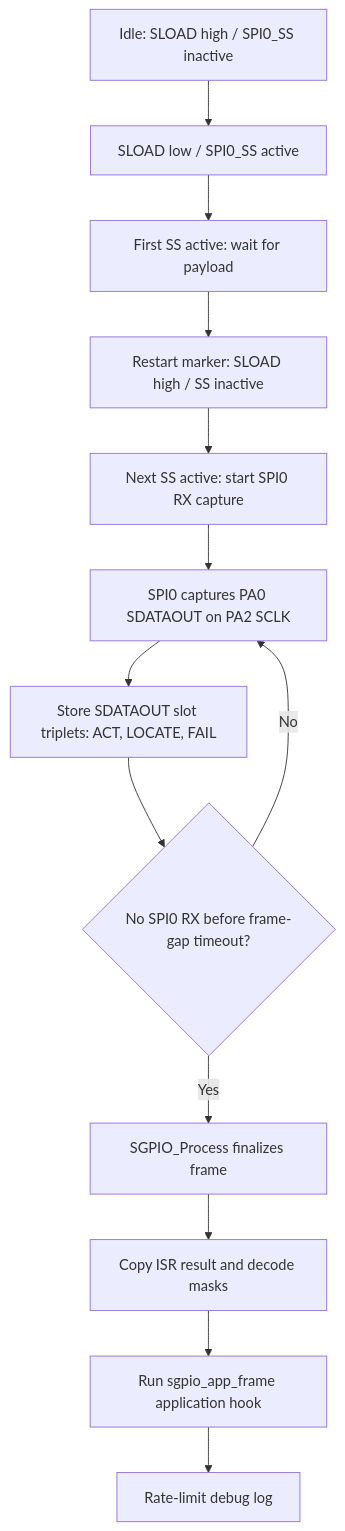
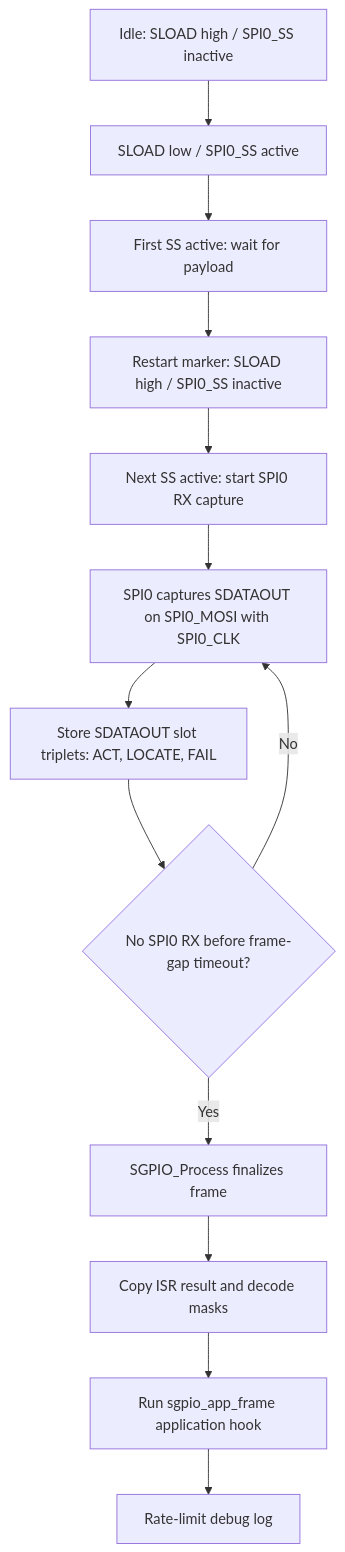
The diagram in README.md (released/M031BSP_SPI_SGPIO), drawn with Mermaid before and after one commit.

````diff
--- a/README.md
+++ b/README.md
@@ -156,15 +156,15 @@
 ```mermaid
 flowchart TD
     A["Idle: SLOAD high / SPI0_SS inactive"] --> B["SLOAD low / SPI0_SS active"]
     B --> C["First SS active: wait for payload"]
-    C --> D["Restart marker: SLOAD high / SS inactive"]
+    C --> D["Restart marker: SLOAD high / SPI0_SS inactive"]
     D --> E["Next SS active: start SPI0 RX capture"]
-    E --> F["SPI0 captures PA0 SDATAOUT on PA2 SCLK"]
+    E --> F["SPI0 captures SDATAOUT on SPI0_MOSI with SPI0_CLK"]
     F --> G["Store SDATAOUT slot triplets: ACT, LOCATE, FAIL"]
     G --> N{"No SPI0 RX before frame-gap timeout?"}
     N -->|No| F
     N -->|Yes| O["SGPIO_Process finalizes frame"]
     O --> P["Copy ISR result and decode masks"]
     P --> Q["Run sgpio_app_frame application hook"]
     Q --> R["Rate-limit debug log"]
 ```
````
